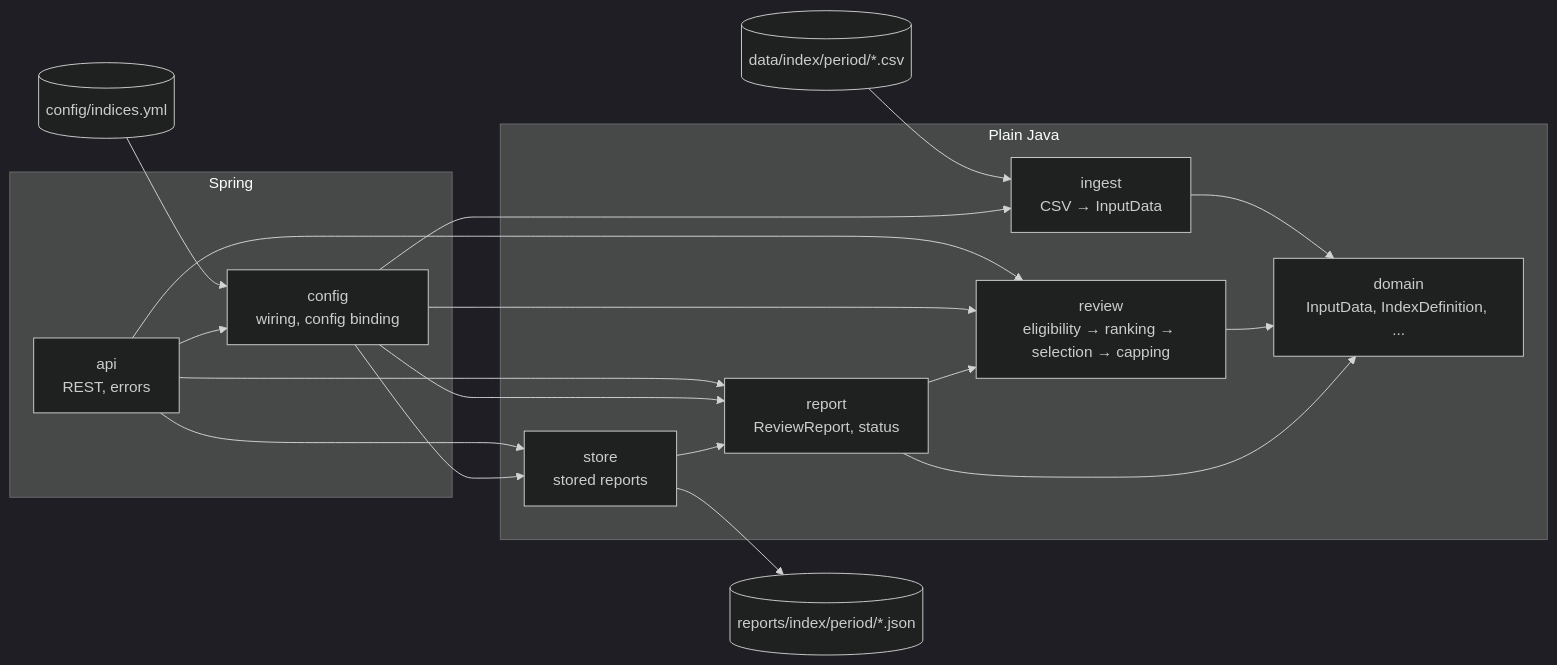
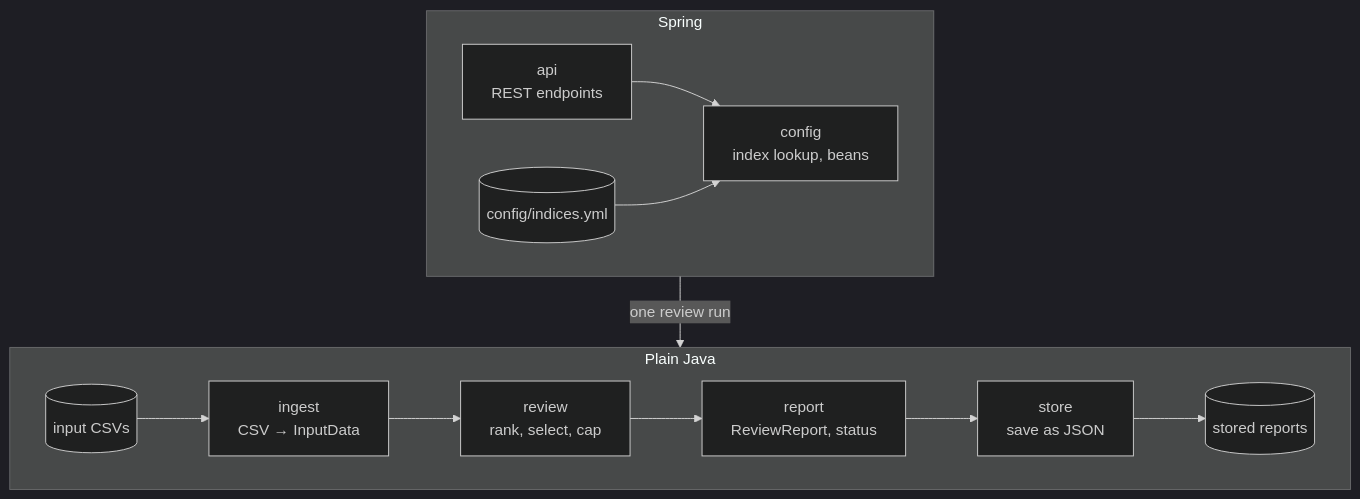
The diagram in docs/DESIGN.md (MarcMaetz/six-index), drawn with Mermaid (dark theme) before and after one commit. The commit also changed other lines of this file and 1 other file, not shown here.

Commit message:
Simplify the architecture diagram to the flow of one review run

````diff
--- a/docs/DESIGN.md
+++ b/docs/DESIGN.md
@@ -20,30 +20,13 @@
 ```mermaid
-flowchart LR
-    subgraph Spring
-        api[api<br/>REST, errors]
-        config[config<br/>wiring, config binding]
+flowchart TB
+    subgraph spring [Spring]
+        direction LR
+        api["api<br/>REST endpoints"] --> config["config<br/>index lookup, beans"]
+        yml[(config/indices.yml)] --> config
     end
-    subgraph "Plain Java"
-        ingest[ingest<br/>CSV → InputData]
-        review[review<br/>eligibility → ranking → selection → capping]
-        report[report<br/>ReviewReport, status]
-        store[store<br/>stored reports]
-        domain[domain<br/>InputData, IndexDefinition, ...]
+    spring -- "one review run" --> plain
+    subgraph plain [Plain Java]
+        direction LR
+        csv[(input CSVs)] --> ingest["ingest<br/>CSV → InputData"] --> review["review<br/>rank, select, cap"] --> report["report<br/>ReviewReport, status"] --> store["store<br/>save as JSON"] --> json[(stored reports)]
     end
-    yml[(config/indices.yml)] --> config
-    csv[(data/index/period/*.csv)] --> ingest
-    store --> json[(reports/index/period/*.json)]
-    api --> config
-    api --> review
-    api --> report
-    api --> store
-    config --> ingest
-    config --> review
-    config --> report
-    config --> store
-    store --> report
-    report --> review
-    ingest --> domain
-    review --> domain
-    report --> domain
 ```
````
